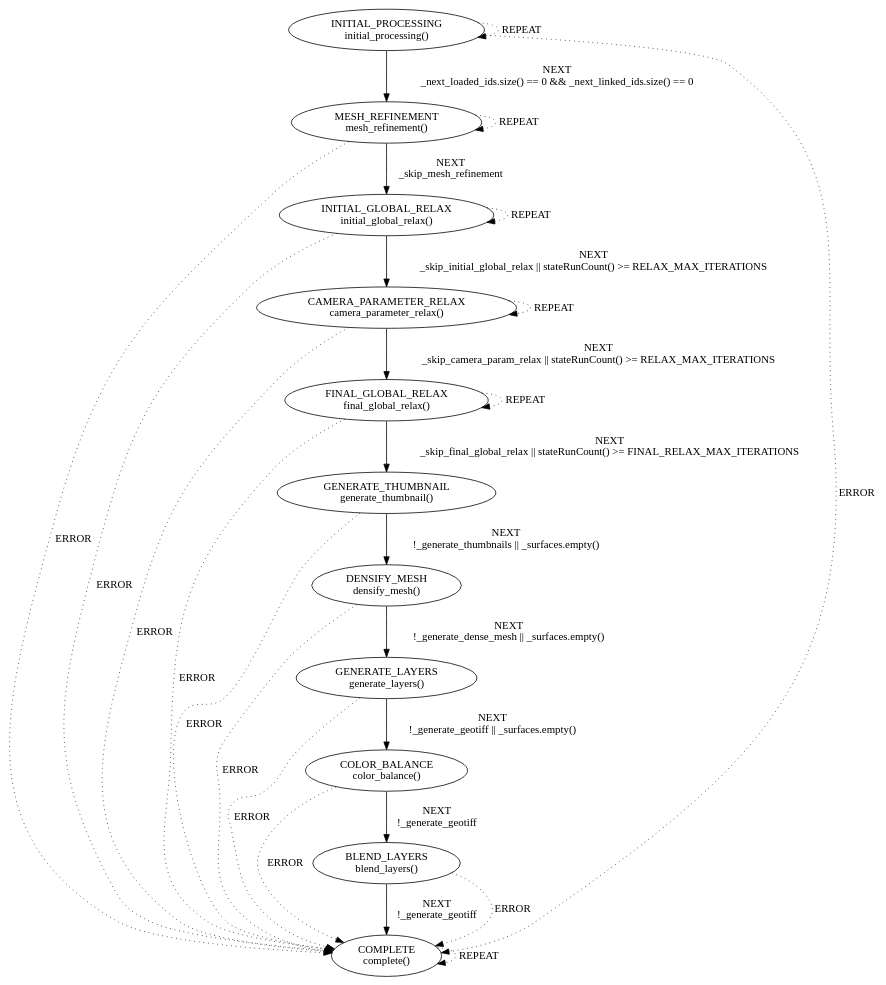
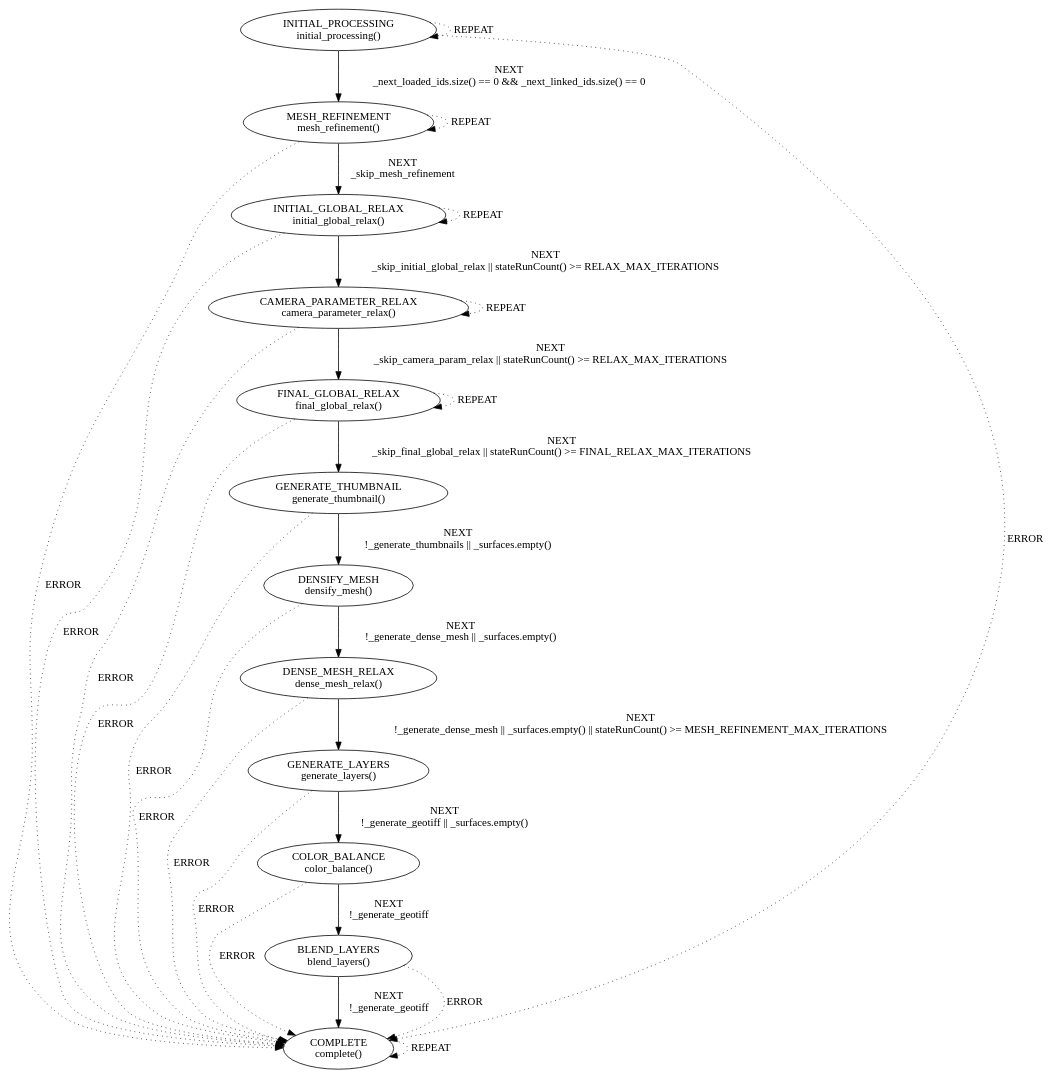
One commit to jkflying/opencalibration changed the diagram in src/pipeline/pipeline.cpp.dot. Above: the diagram before and after it, drawn with Graphviz. The commit also changed 5 other files, not shown here.

```diff
--- a/src/pipeline/pipeline.cpp.dot
+++ b/src/pipeline/pipeline.cpp.dot
@@ -1,28 +1,30 @@
 digraph {
     "INITIAL_PROCESSING\ninitial_processing()" -> "MESH_REFINEMENT\nmesh_refinement()" [label="NEXT\n_next_loaded_ids.size() == 0 && _next_linked_ids.size() == 0", style="solid", weight=1]
     "INITIAL_PROCESSING\ninitial_processing()" -> "COMPLETE\ncomplete()" [label="ERROR", style="dotted", weight=0.1]
     "MESH_REFINEMENT\nmesh_refinement()" -> "INITIAL_GLOBAL_RELAX\ninitial_global_relax()" [label="NEXT\n_skip_mesh_refinement", style="solid", weight=1]
     "MESH_REFINEMENT\nmesh_refinement()" -> "COMPLETE\ncomplete()" [label="ERROR", style="dotted", weight=0.1]
     "INITIAL_GLOBAL_RELAX\ninitial_global_relax()" -> "CAMERA_PARAMETER_RELAX\ncamera_parameter_relax()" [label="NEXT\n_skip_initial_global_relax || stateRunCount() >= RELAX_MAX_ITERATIONS", style="solid", weight=1]
     "INITIAL_GLOBAL_RELAX\ninitial_global_relax()" -> "COMPLETE\ncomplete()" [label="ERROR", style="dotted", weight=0.1]
     "CAMERA_PARAMETER_RELAX\ncamera_parameter_relax()" -> "FINAL_GLOBAL_RELAX\nfinal_global_relax()" [label="NEXT\n_skip_camera_param_relax || stateRunCount() >= RELAX_MAX_ITERATIONS", style="solid", weight=1]
     "CAMERA_PARAMETER_RELAX\ncamera_parameter_relax()" -> "COMPLETE\ncomplete()" [label="ERROR", style="dotted", weight=0.1]
     "FINAL_GLOBAL_RELAX\nfinal_global_relax()" -> "GENERATE_THUMBNAIL\ngenerate_thumbnail()" [label="NEXT\n_skip_final_global_relax || stateRunCount() >= FINAL_RELAX_MAX_ITERATIONS", style="solid", weight=1]
     "FINAL_GLOBAL_RELAX\nfinal_global_relax()" -> "COMPLETE\ncomplete()" [label="ERROR", style="dotted", weight=0.1]
     "GENERATE_THUMBNAIL\ngenerate_thumbnail()" -> "DENSIFY_MESH\ndensify_mesh()" [label="NEXT\n!_generate_thumbnails || _surfaces.empty()", style="solid", weight=1]
     "GENERATE_THUMBNAIL\ngenerate_thumbnail()" -> "COMPLETE\ncomplete()" [label="ERROR", style="dotted", weight=0.1]
-    "DENSIFY_MESH\ndensify_mesh()" -> "GENERATE_LAYERS\ngenerate_layers()" [label="NEXT\n!_generate_dense_mesh || _surfaces.empty()", style="solid", weight=1]
+    "DENSIFY_MESH\ndensify_mesh()" -> "DENSE_MESH_RELAX\ndense_mesh_relax()" [label="NEXT\n!_generate_dense_mesh || _surfaces.empty()", style="solid", weight=1]
     "DENSIFY_MESH\ndensify_mesh()" -> "COMPLETE\ncomplete()" [label="ERROR", style="dotted", weight=0.1]
+    "DENSE_MESH_RELAX\ndense_mesh_relax()" -> "GENERATE_LAYERS\ngenerate_layers()" [label="NEXT\n!_generate_dense_mesh || _surfaces.empty() || stateRunCount() >= MESH_REFINEMENT_MAX_ITERATIONS", style="solid", weight=1]
+    "DENSE_MESH_RELAX\ndense_mesh_relax()" -> "COMPLETE\ncomplete()" [label="ERROR", style="dotted", weight=0.1]
     "GENERATE_LAYERS\ngenerate_layers()" -> "COLOR_BALANCE\ncolor_balance()" [label="NEXT\n!_generate_geotiff || _surfaces.empty()", style="solid", weight=1]
     "GENERATE_LAYERS\ngenerate_layers()" -> "COMPLETE\ncomplete()" [label="ERROR", style="dotted", weight=0.1]
     "COLOR_BALANCE\ncolor_balance()" -> "BLEND_LAYERS\nblend_layers()" [label="NEXT\n!_generate_geotiff", style="solid", weight=1]
     "COLOR_BALANCE\ncolor_balance()" -> "COMPLETE\ncomplete()" [label="ERROR", style="dotted", weight=0.1]
     "BLEND_LAYERS\nblend_layers()" -> "COMPLETE\ncomplete()" [label="NEXT\n!_generate_geotiff", style="solid", weight=1]
     "BLEND_LAYERS\nblend_layers()" -> "COMPLETE\ncomplete()" [label="ERROR", style="dotted", weight=0.1]
     "INITIAL_PROCESSING\ninitial_processing()" -> "INITIAL_PROCESSING\ninitial_processing()" [label="REPEAT", style="dotted", weight=0.1]
     "INITIAL_GLOBAL_RELAX\ninitial_global_relax()" -> "INITIAL_GLOBAL_RELAX\ninitial_global_relax()" [label="REPEAT", style="dotted", weight=0.1]
     "CAMERA_PARAMETER_RELAX\ncamera_parameter_relax()" -> "CAMERA_PARAMETER_RELAX\ncamera_parameter_relax()" [label="REPEAT", style="dotted", weight=0.1]
     "FINAL_GLOBAL_RELAX\nfinal_global_relax()" -> "FINAL_GLOBAL_RELAX\nfinal_global_relax()" [label="REPEAT", style="dotted", weight=0.1]
     "MESH_REFINEMENT\nmesh_refinement()" -> "MESH_REFINEMENT\nmesh_refinement()" [label="REPEAT", style="dotted", weight=0.1]
     "COMPLETE\ncomplete()" -> "COMPLETE\ncomplete()" [label="REPEAT", style="dotted", weight=0.1]
 }
```
